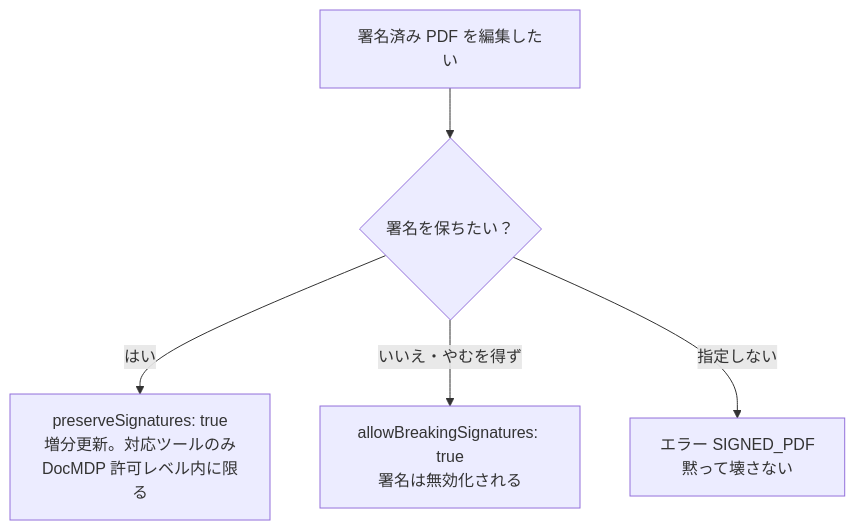
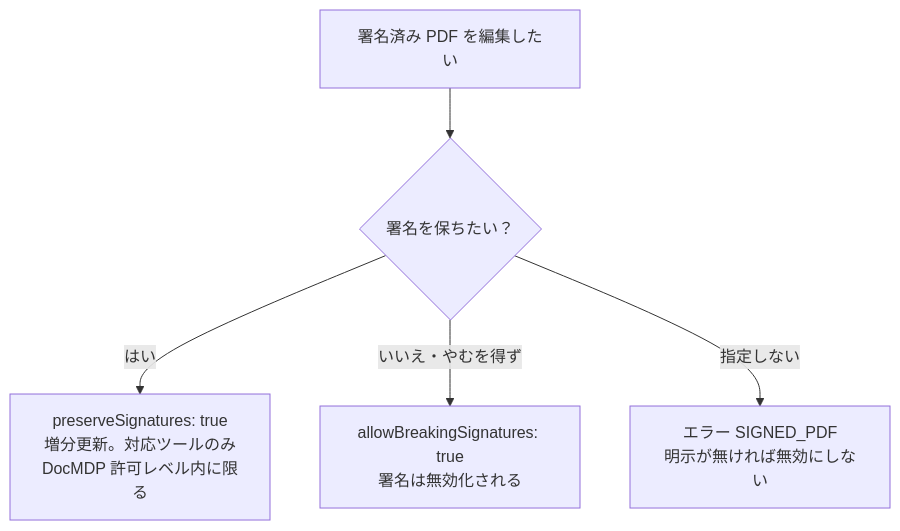
One commit to shuji-bonji/pdf-agent-stack changed the second of 2 diagrams in site/docs/ja/mcp/pdf-writer.md. Above: the diagram before and after it, drawn with Mermaid. The commit also changed other lines of this file and 10 other files, not shown here.

````diff
--- a/site/docs/ja/mcp/pdf-writer.md
+++ b/site/docs/ja/mcp/pdf-writer.md
@@ -90,7 +96,7 @@
 ```mermaid
 graph TD
   A[署名済み PDF を編集したい] --> B{署名を保ちたい？}
   B -->|はい| C[preserveSignatures: true<br>増分更新。対応ツールのみ<br>DocMDP 許可レベル内に限る]
   B -->|いいえ・やむを得ず| D[allowBreakingSignatures: true<br>署名は無効化される]
-  B -->|指定しない| E[エラー SIGNED_PDF<br>黙って壊さない]
+  B -->|指定しない| E[エラー SIGNED_PDF<br>明示が無ければ無効にしない]
 ```
````
